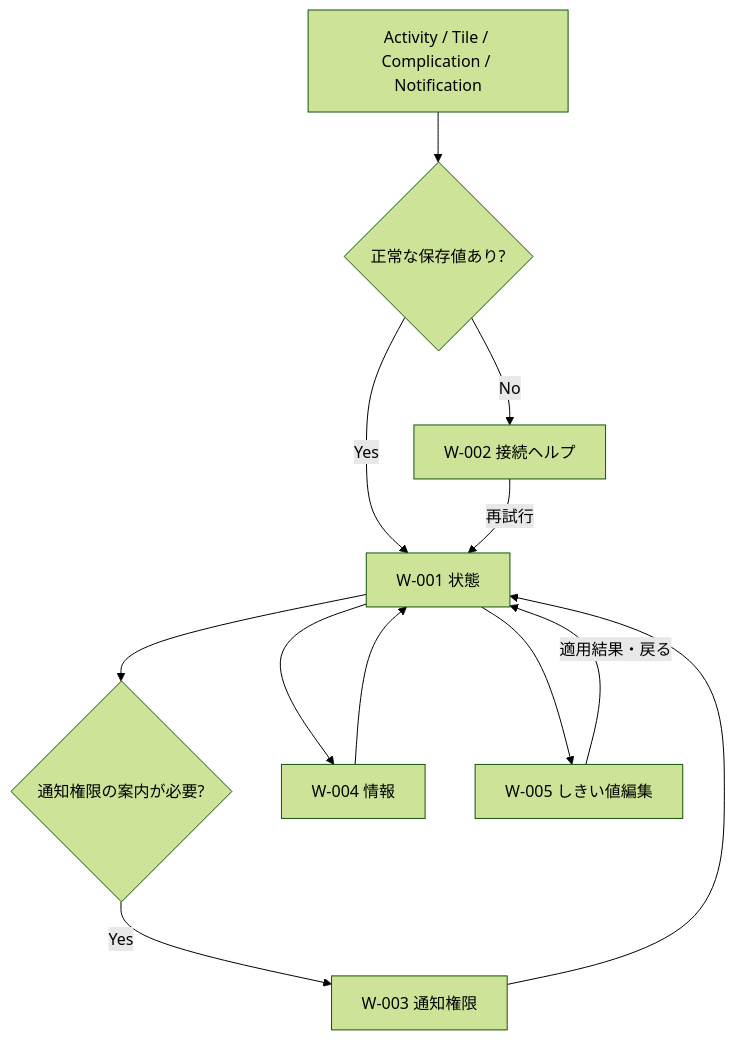
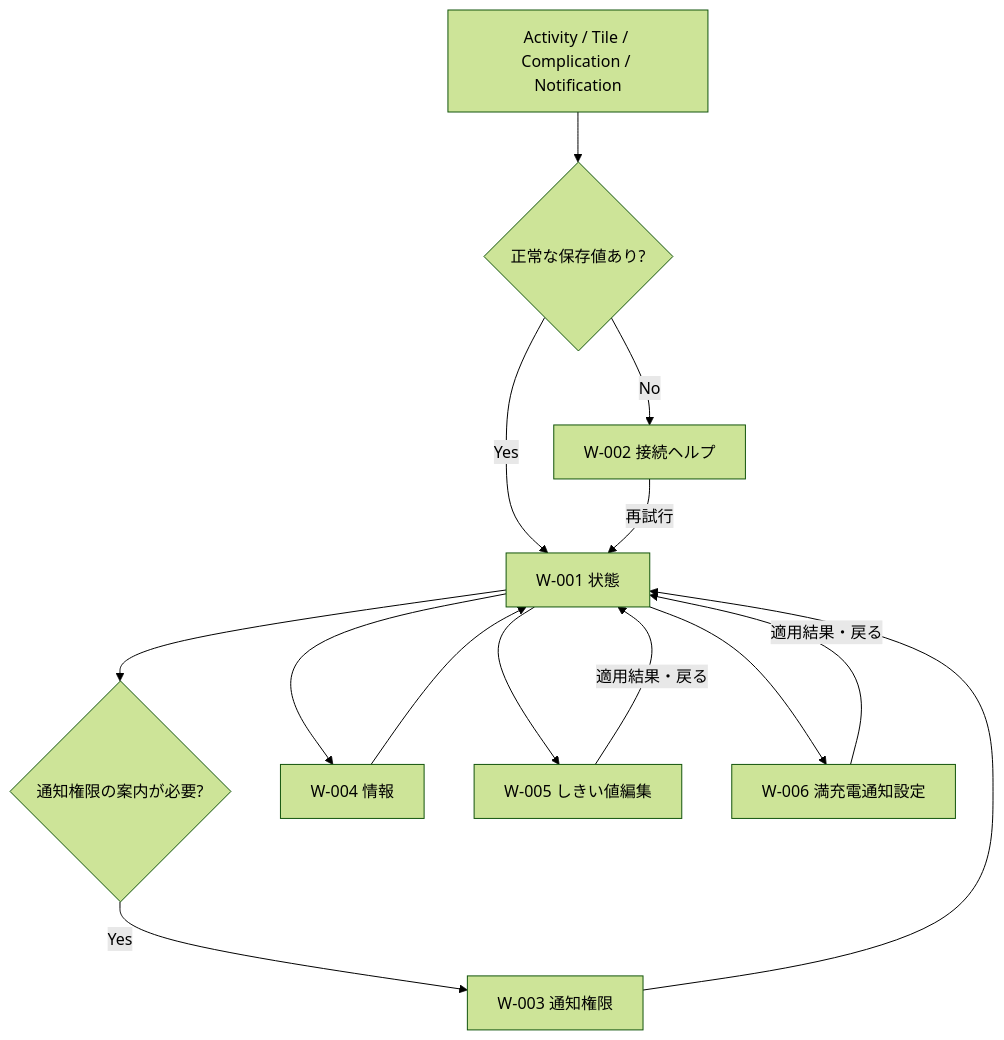
Before and after one commit to YoshihisaSaitou/battery-notifier: the second of 2 diagrams in docs/screen-specification-and-navigation.md, drawn with Mermaid (forest theme). The commit also changed other lines of this file and 49 other files, not shown here.

Commit message:
Add full-charge notification setting and event handling

````diff
--- a/docs/screen-specification-and-navigation.md
+++ b/docs/screen-specification-and-navigation.md
@@ -97,14 +99,16 @@
 ```mermaid
 flowchart TD
     Entry["Activity / Tile / Complication / Notification"] --> HasData{"正常な保存値あり?"}
     HasData -->|Yes| Status["W-001 状態"]
     HasData -->|No| Help["W-002 接続ヘルプ"]
     Status --> NeedPermission{"通知権限の案内が必要?"}
     NeedPermission -->|Yes| Permission["W-003 通知権限"]
     Status --> About["W-004 情報"]
     Status --> Threshold["W-005 しきい値編集"]
+    Status --> FullCharge["W-006 満充電通知設定"]
     Help -->|再試行| Status
     Permission --> Status
     About --> Status
     Threshold -->|適用結果・戻る| Status
+    FullCharge -->|適用結果・戻る| Status
 ```
````
